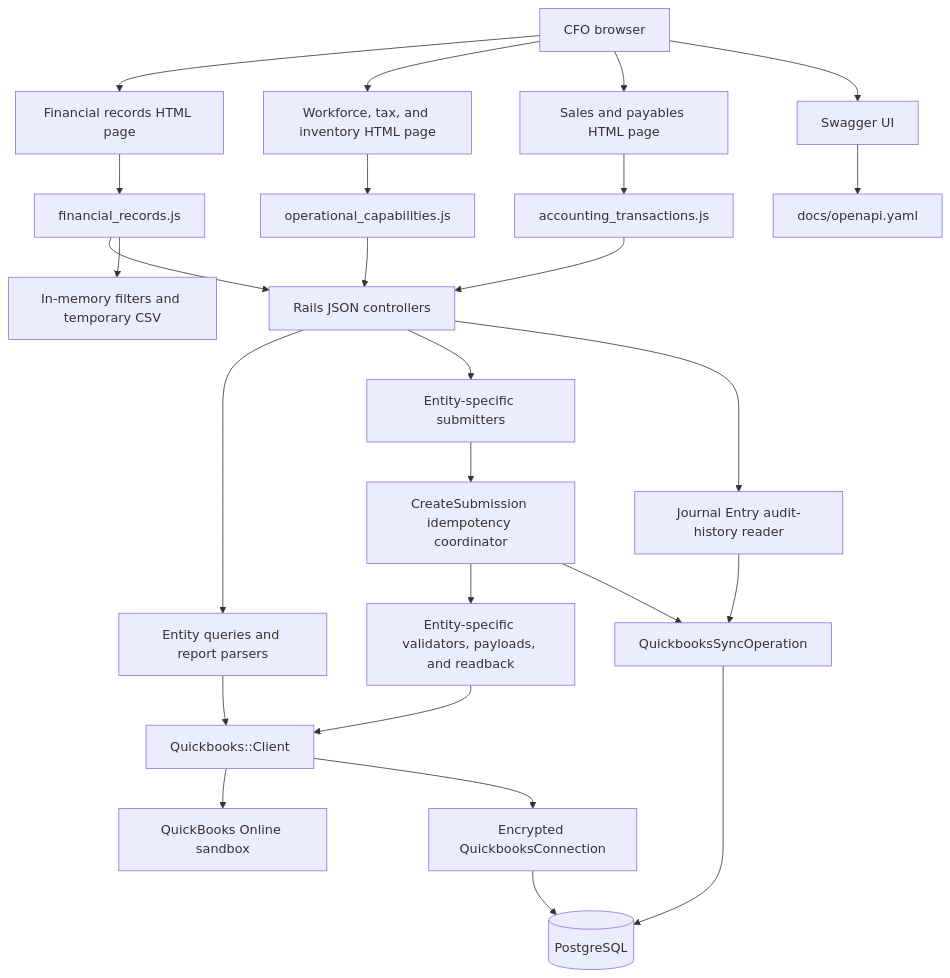
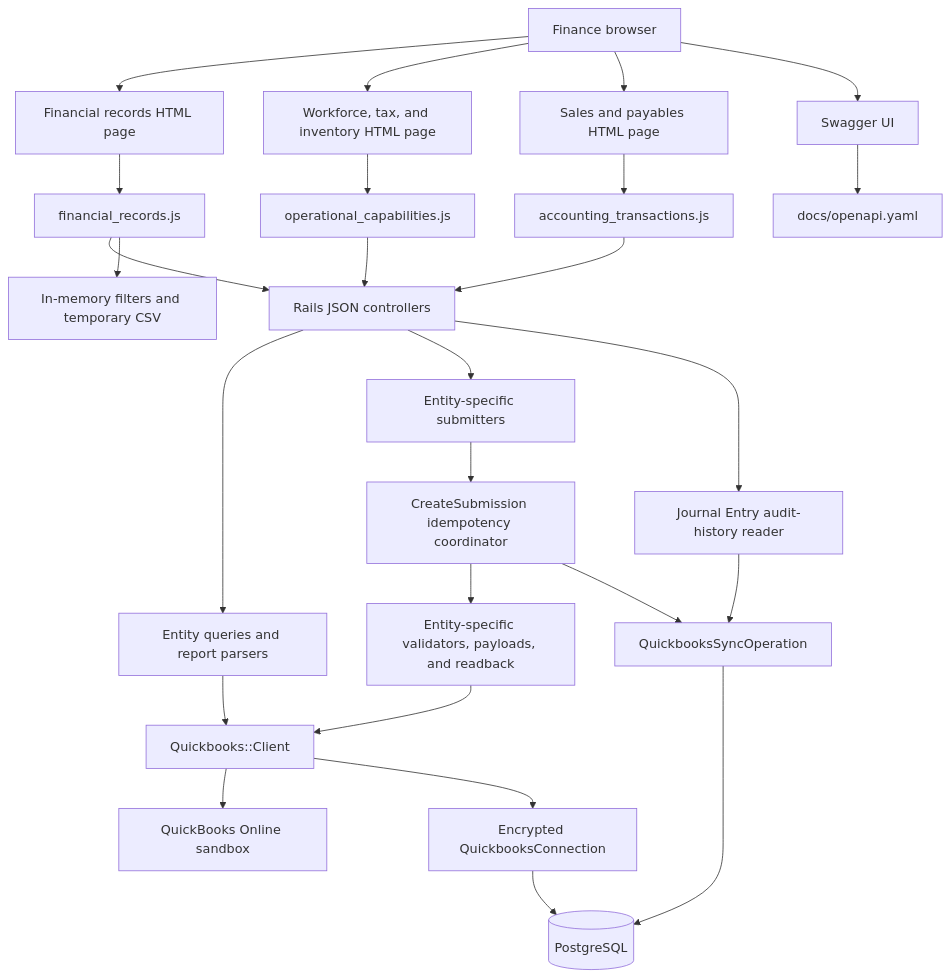
One commit to nakshatrasinghh/qbo-finance-bridge changed the diagram in docs/architecture.md. Above: the diagram before and after it, drawn with Mermaid. The commit also changed other lines of this file and 17 other files, not shown here.

````diff
--- a/docs/architecture.md
+++ b/docs/architecture.md
@@ -7,34 +7,34 @@
 ```mermaid
 flowchart TB
-  Browser["CFO browser"] --> FinancialPage["Financial records HTML page"]
+  Browser["Finance browser"] --> FinancialPage["Financial records HTML page"]
   Browser --> OperationsPage["Workforce, tax, and inventory HTML page"]
   Browser --> TransactionsPage["Sales and payables HTML page"]
   Browser --> Swagger["Swagger UI"]
 
   FinancialPage --> FinancialJS["financial_records.js"]
   OperationsPage --> OperationsJS["operational_capabilities.js"]
   TransactionsPage --> TransactionsJS["accounting_transactions.js"]
   Swagger --> Contract["docs/openapi.yaml"]
 
   FinancialJS --> Controllers["Rails JSON controllers"]
   OperationsJS --> Controllers
   TransactionsJS --> Controllers
   FinancialJS --> BrowserViews["In-memory filters and temporary CSV"]
 
   Controllers --> ReadServices["Entity queries and report parsers"]
   Controllers --> Submitters["Entity-specific submitters"]
   Controllers --> AuditRead["Journal Entry audit-history reader"]
 
   Submitters --> Coordinator["CreateSubmission idempotency coordinator"]
   Coordinator --> Creators["Entity-specific validators, payloads, and readback"]
   Coordinator --> Audit["QuickbooksSyncOperation"]
   AuditRead --> Audit
 
   ReadServices --> Client["Quickbooks::Client"]
   Creators --> Client
   Client --> Sandbox["QuickBooks Online sandbox"]
   Client --> Connection["Encrypted QuickbooksConnection"]
 
   Audit --> Database[(PostgreSQL)]
   Connection --> Database
 ```
````
